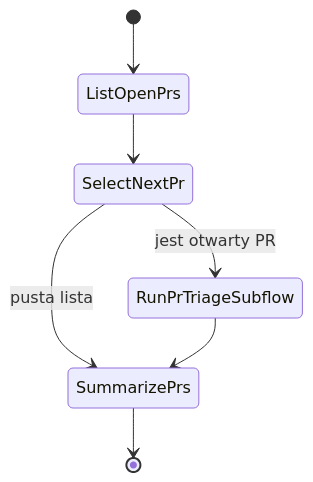
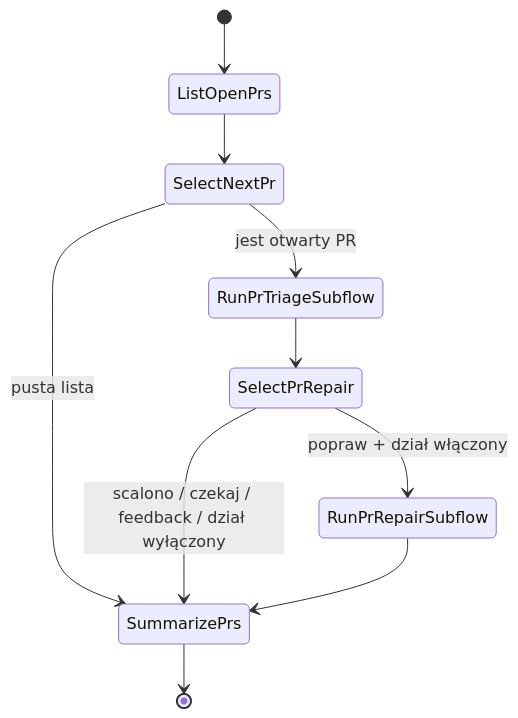
One commit to mikolaj92/lokay changed diagram 25 of 46 in README.md. Above: the diagram before and after it, drawn with Mermaid. The commit also changed other lines of this file and 20 other files, not shown here.

````diff
--- a/README.md
+++ b/README.md
@@ -693,9 +693,12 @@
 ```mermaid
 stateDiagram-v2
     [*] --> ListOpenPrs
     ListOpenPrs --> SelectNextPr
     SelectNextPr --> RunPrTriageSubflow: jest otwarty PR
     SelectNextPr --> SummarizePrs: pusta lista
-    RunPrTriageSubflow --> SummarizePrs
+    RunPrTriageSubflow --> SelectPrRepair
+    SelectPrRepair --> RunPrRepairSubflow: popraw + dział włączony
+    SelectPrRepair --> SummarizePrs: scalono / czekaj / feedback / dział wyłączony
+    RunPrRepairSubflow --> SummarizePrs
     SummarizePrs --> [*]
 ```
````
